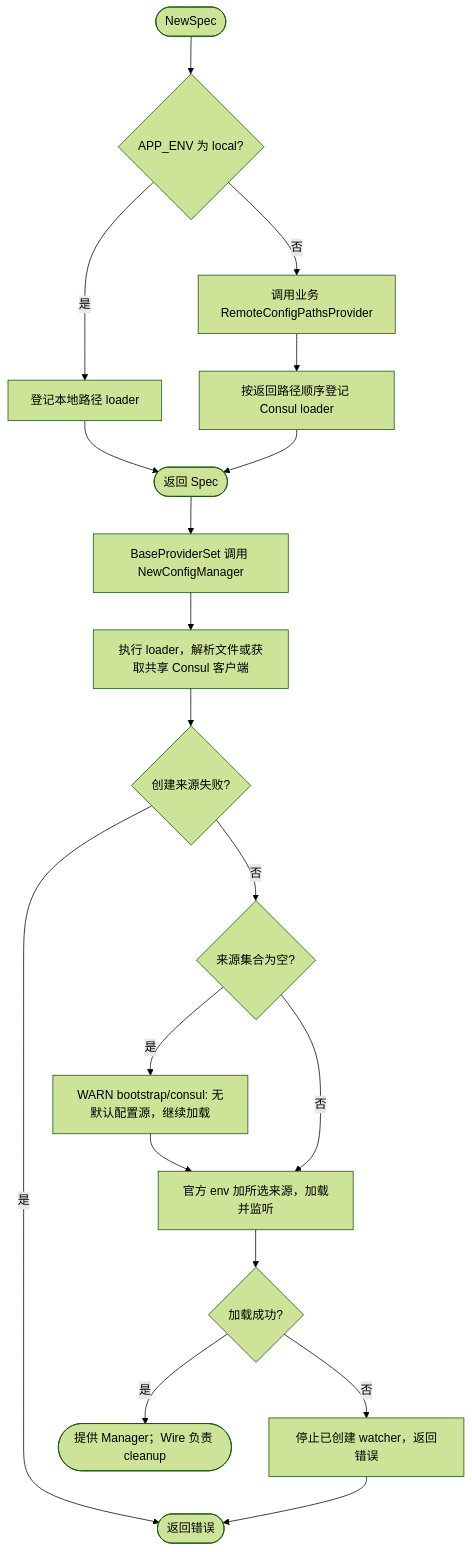
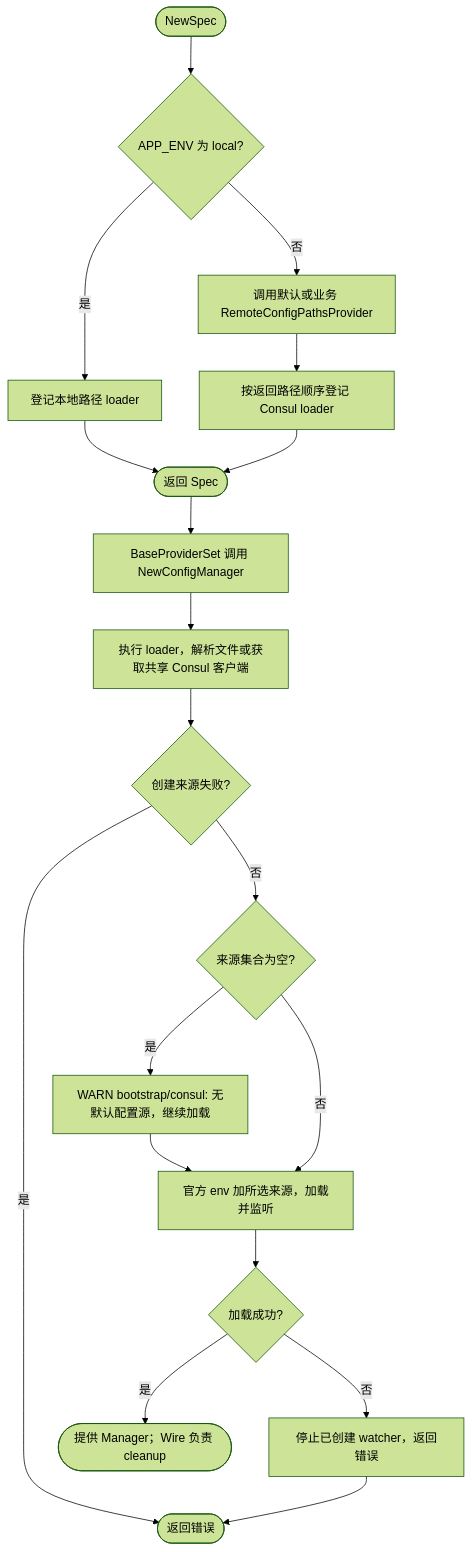
Before and after one commit to jaggerzhuang1994/kratos-foundation: the diagram in contrib/bootstrap/consul/README.md, drawn with Mermaid (forest theme). The commit also changed other lines of this file and 6 other files, not shown here.

````diff
--- a/contrib/bootstrap/consul/README.md
+++ b/contrib/bootstrap/consul/README.md
@@ -36,21 +51,21 @@
 ```mermaid
 flowchart TD
  A([NewSpec]) --> B{APP_ENV 为 local?}
  B -- 是 --> C[登记本地路径 loader]
- B -- 否 --> D[调用业务 RemoteConfigPathsProvider]
+ B -- 否 --> D[调用默认或业务 RemoteConfigPathsProvider]
  D --> E[按返回路径顺序登记 Consul loader]
  C --> F([返回 Spec])
  E --> F
  F --> G[BaseProviderSet 调用 NewConfigManager]
  G --> H[执行 loader，解析文件或获取共享 Consul 客户端]
  H --> I{创建来源失败?}
  I -- 是 --> X([返回错误])
  I -- 否 --> N{来源集合为空?}
  N -- 是 --> O[WARN bootstrap/consul: 无默认配置源，继续加载]
  O --> J[官方 env 加所选来源，加载并监听]
  N -- 否 --> J
  J --> K{加载成功?}
  K -- 否 --> L[停止已创建 watcher，返回错误]
  L --> X
  K -- 是 --> M([提供 Manager；Wire 负责 cleanup])
 ```
````
